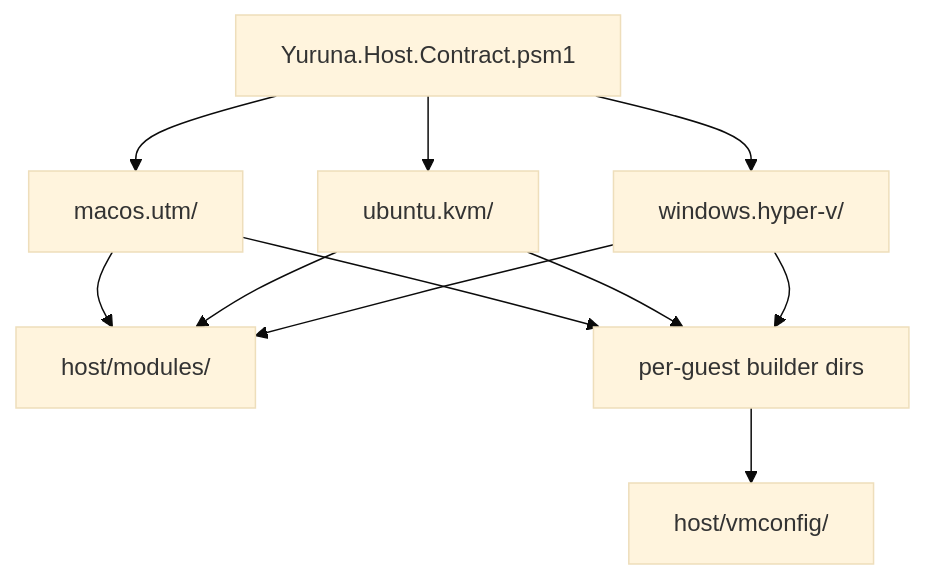
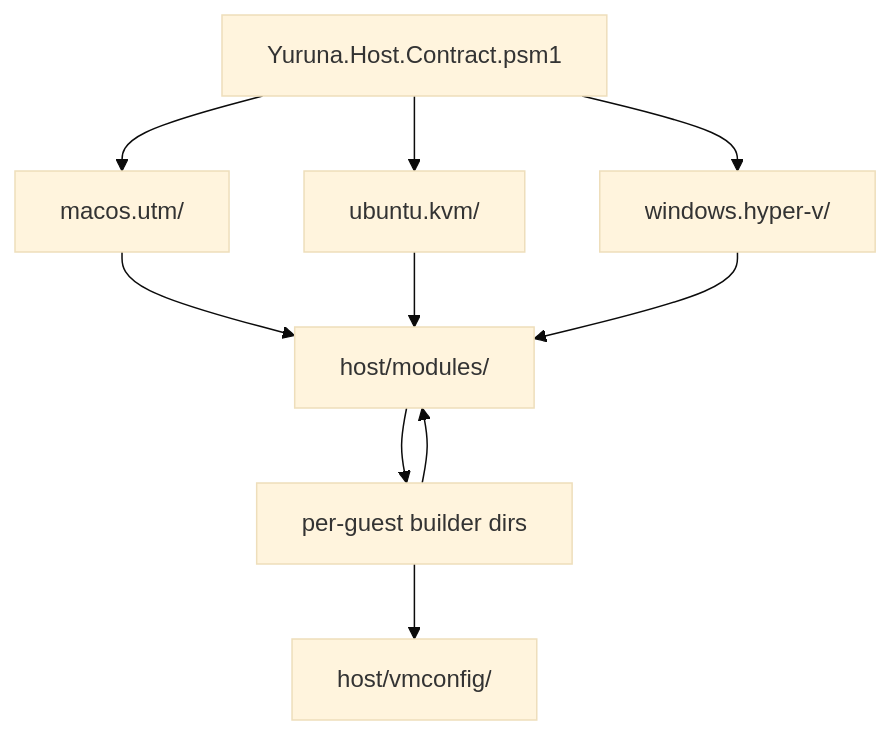
Before and after one commit to alissonsol/yuruna: the fourth of 7 diagrams in docs/design/02-component-breakdown.md, drawn with Mermaid (base theme). The commit also changed other lines of this file and 662 other files, not shown here.

````diff
--- a/docs/design/02-component-breakdown.md
+++ b/docs/design/02-component-breakdown.md
@@ -242,21 +383,20 @@
 ```mermaid
 flowchart TD
     host-contract["Yuruna.Host.Contract.psm1"]
     macos-utm["macos.utm/"]
     host-modules["host/modules/"]
     ubuntu-kvm["ubuntu.kvm/"]
     vmconfig["host/vmconfig/"]
     windows-hyper-v["windows.hyper-v/"]
     guest-builders["per-guest builder dirs"]
 
     host-contract --> macos-utm
     host-contract --> ubuntu-kvm
     host-contract --> windows-hyper-v
     macos-utm --> host-modules
     ubuntu-kvm --> host-modules
     windows-hyper-v --> host-modules
-    macos-utm --> guest-builders
-    ubuntu-kvm --> guest-builders
-    windows-hyper-v --> guest-builders
+    host-modules --> guest-builders
+    guest-builders --> host-modules
     guest-builders --> vmconfig
 ```
````
